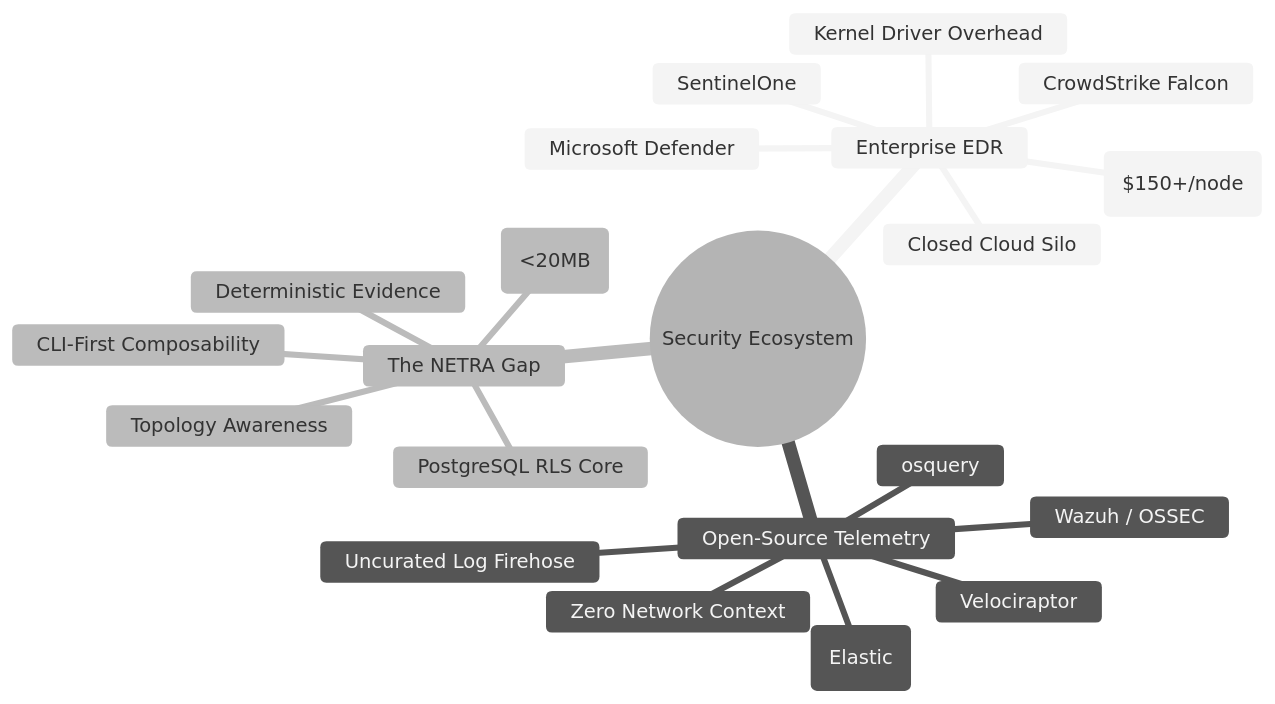
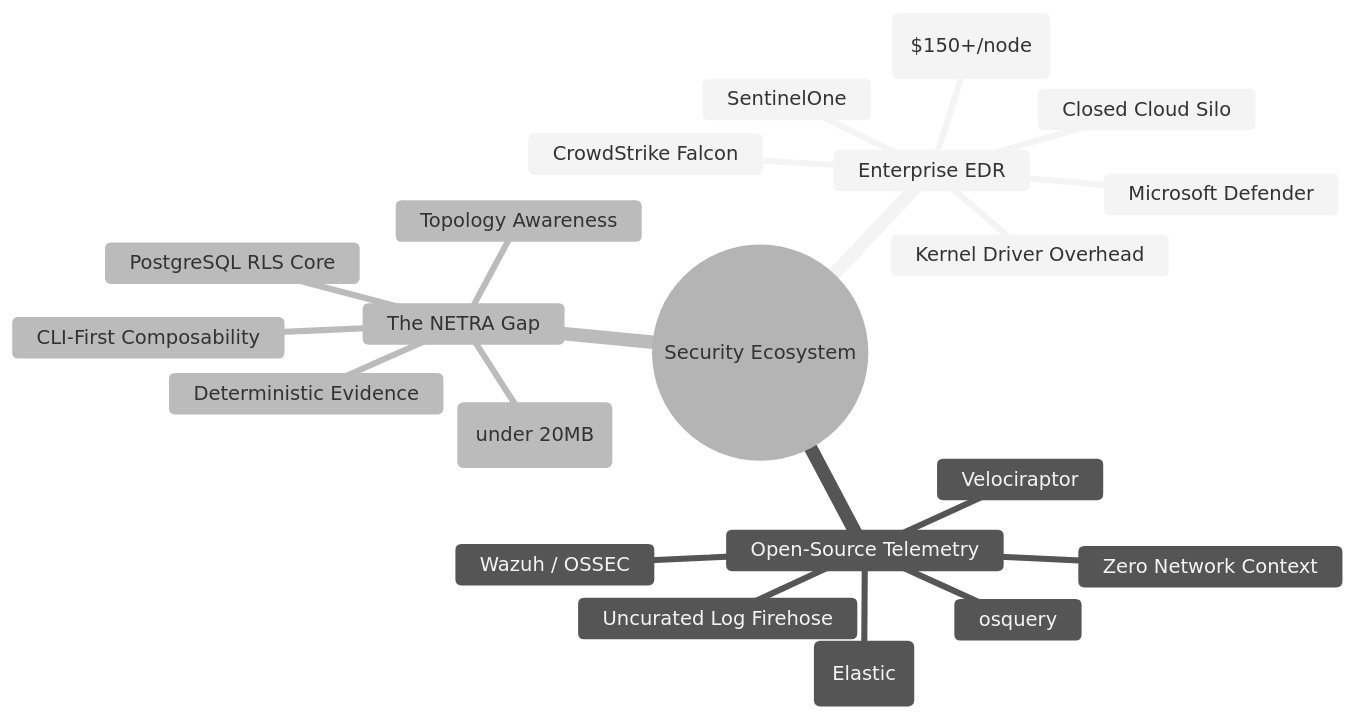
Before and after one commit to Subhadip-Paul2006/NETRA-Backend: the first of 5 diagrams in docs/RESEARCH.md, drawn with Mermaid (neutral theme). The commit also changed other lines of this file and 14 other files, not shown here.

Commit message:
fix(docs): resolve GitHub Mermaid diagram lexical errors and KaTeX math formatting across all specifications

````diff
--- a/docs/RESEARCH.md
+++ b/docs/RESEARCH.md
@@ -47,24 +47,24 @@
 ```mermaid
 mindmap
   root((Security Ecosystem))
     Enterprise EDR
       CrowdStrike Falcon
       Microsoft Defender
       SentinelOne
       High Cost ($150+/node)
       Closed Cloud Silo
       Kernel Driver Overhead
     Open-Source Telemetry
       osquery
       Wazuh / OSSEC
       Velociraptor
       Uncurated Log Firehose
       Complex DB Ops (Elastic)
       Zero Network Context
     The NETRA Gap
       Topology Awareness
       Deterministic Evidence
-      Single Go Binary (<20MB)
+      Single Go Binary (under 20MB)
       CLI-First Composability
       PostgreSQL RLS Core
 ```
````
